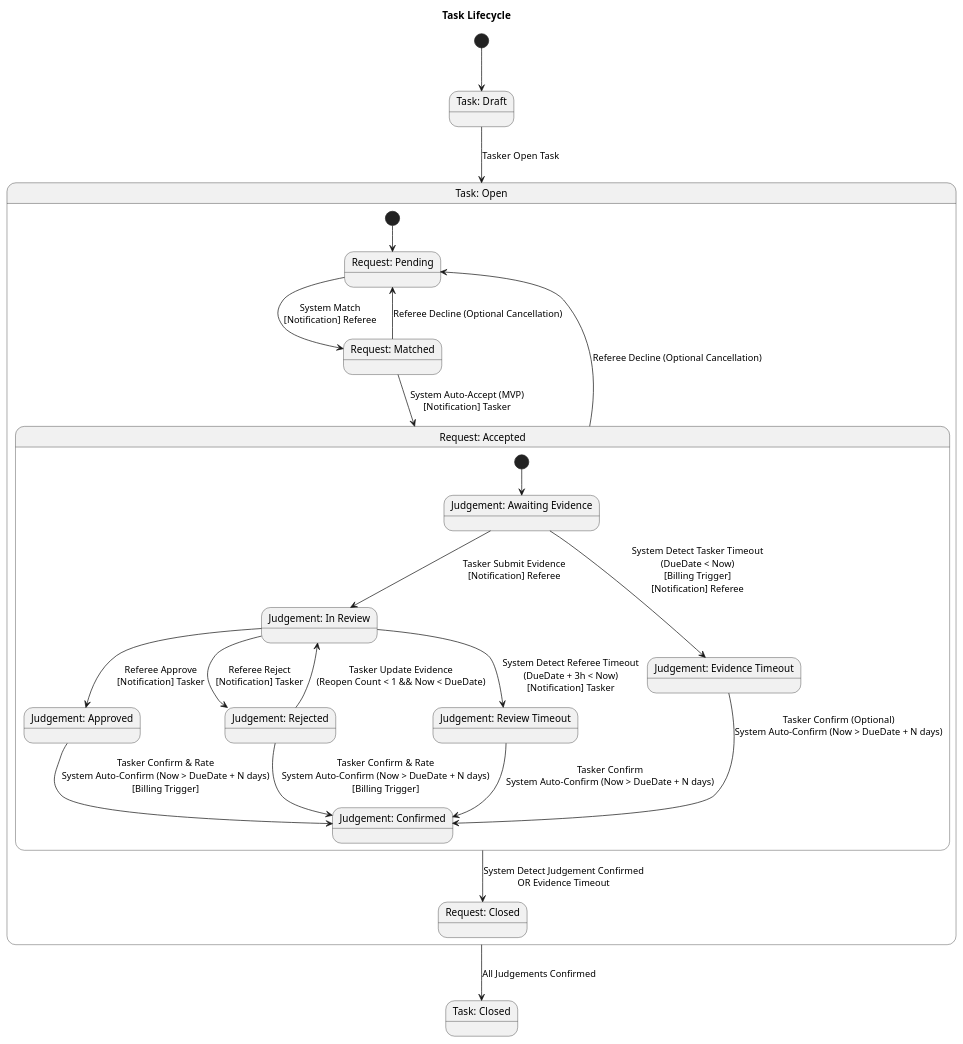
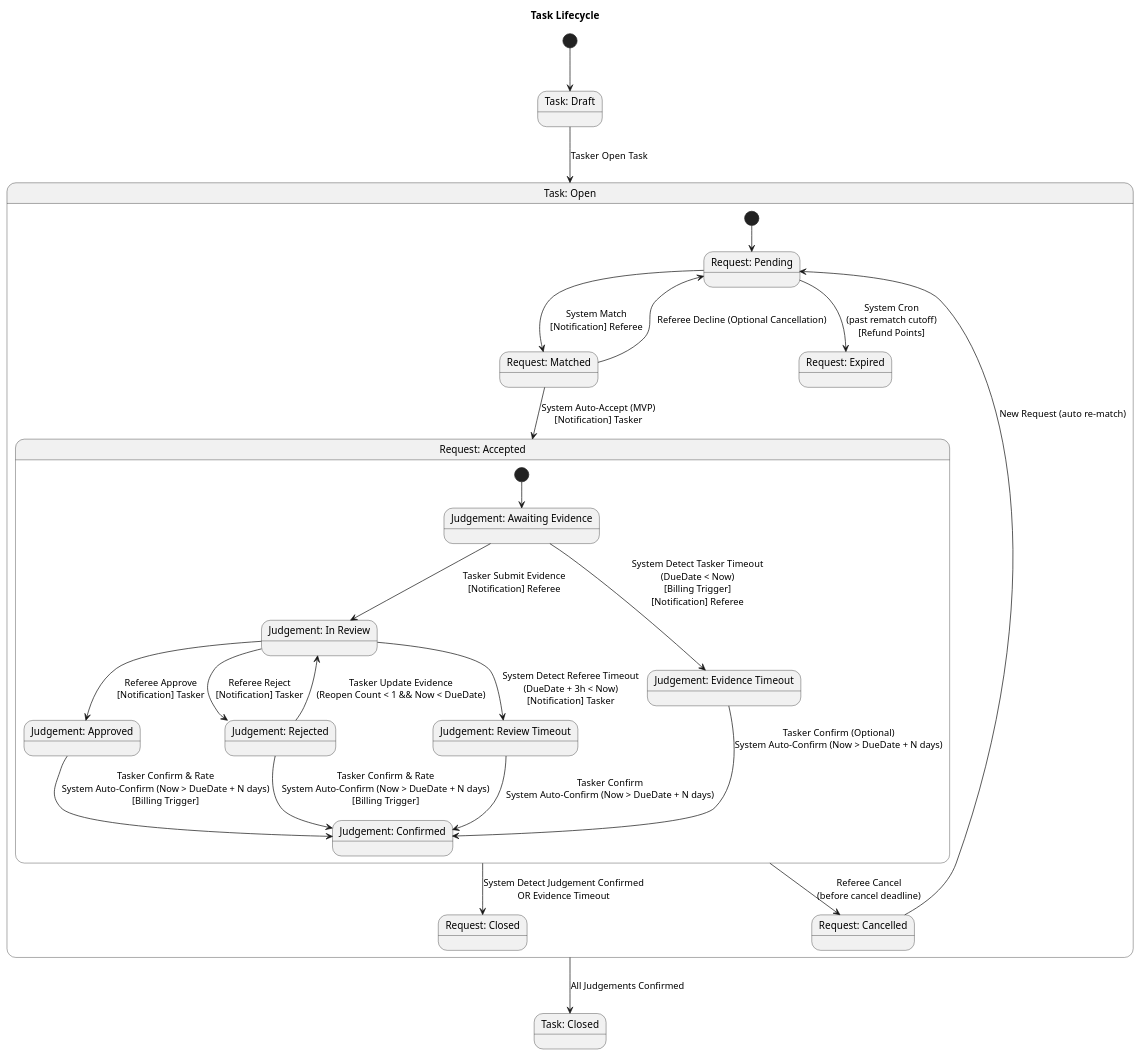
The diagram in developer-docs/modules/ROOT/examples/features/task/lifecycle.pu (cloveclovedev/peppercheck), drawn with PlantUML before and after one commit. The commit also changed 40 other files, not shown here.

```diff
--- a/developer-docs/modules/ROOT/examples/features/task/lifecycle.pu
+++ b/developer-docs/modules/ROOT/examples/features/task/lifecycle.pu
@@ -1,57 +1,61 @@
 @startuml lifecycle
 title Task Lifecycle
 
 state "Task: Draft" as TaskDraft
 state "Task: Open" as TaskOpen {
     state "Request: Pending" as RequestPending
     state "Request: Matched" as RequestMatched
     state "Request: Accepted" as RequestAccepted {
         
         state "Judgement: Awaiting Evidence" as JudgementAwaitingEvidence
         state "Judgement: In Review" as JudgementInReview
         state "Judgement: Approved" as JudgementApproved
         state "Judgement: Rejected" as JudgementRejected
         
         state "Judgement: Confirmed" as JudgementConfirmed
         
         state "Judgement: Review Timeout" as JudgementTimeout
         state "Judgement: Evidence Timeout" as EvidenceTimeout
 
         [*] --> JudgementAwaitingEvidence
 
         JudgementAwaitingEvidence --> JudgementInReview : Tasker Submit Evidence\n[Notification] Referee
         JudgementAwaitingEvidence --> EvidenceTimeout : System Detect Tasker Timeout\n(DueDate < Now)\n[Billing Trigger]\n[Notification] Referee
         
         JudgementInReview --> JudgementApproved : Referee Approve\n[Notification] Tasker
         JudgementInReview --> JudgementRejected : Referee Reject\n[Notification] Tasker
         
         JudgementInReview --> JudgementTimeout : System Detect Referee Timeout\n(DueDate + 3h < Now)\n[Notification] Tasker
         
         JudgementApproved --> JudgementConfirmed : Tasker Confirm & Rate\nSystem Auto-Confirm (Now > DueDate + N days)\n[Billing Trigger]
         
         JudgementRejected --> JudgementInReview : Tasker Update Evidence\n(Reopen Count < 1 && Now < DueDate)
         JudgementRejected --> JudgementConfirmed : Tasker Confirm & Rate\nSystem Auto-Confirm (Now > DueDate + N days)\n[Billing Trigger]
         
         JudgementTimeout --> JudgementConfirmed : Tasker Confirm\nSystem Auto-Confirm (Now > DueDate + N days)
         
         EvidenceTimeout --> JudgementConfirmed : Tasker Confirm (Optional)\nSystem Auto-Confirm (Now > DueDate + N days)
     }
 
+    state "Request: Cancelled" as RequestCancelled
+    state "Request: Expired" as RequestExpired
     state "Request: Closed" as RequestClosed
 
     [*] --> RequestPending
     RequestPending --> RequestMatched : System Match\n[Notification] Referee
-    
+    RequestPending --> RequestExpired : System Cron\n(past rematch cutoff)\n[Refund Points]
+
     RequestMatched --> RequestAccepted : System Auto-Accept (MVP)\n[Notification] Tasker
     RequestMatched --> RequestPending : Referee Decline (Optional Cancellation)
-    
-    RequestAccepted --> RequestPending : Referee Decline (Optional Cancellation)
+
+    RequestAccepted --> RequestCancelled : Referee Cancel\n(before cancel deadline)
+    RequestCancelled --> RequestPending : New Request (auto re-match)
     RequestAccepted --> RequestClosed : System Detect Judgement Confirmed\nOR Evidence Timeout
 }
 state "Task: Closed" as TaskClosed
 
 [*] --> TaskDraft
 TaskDraft --> TaskOpen : Tasker Open Task
 TaskOpen --> TaskClosed : All Judgements Confirmed
 
 @enduml
```
